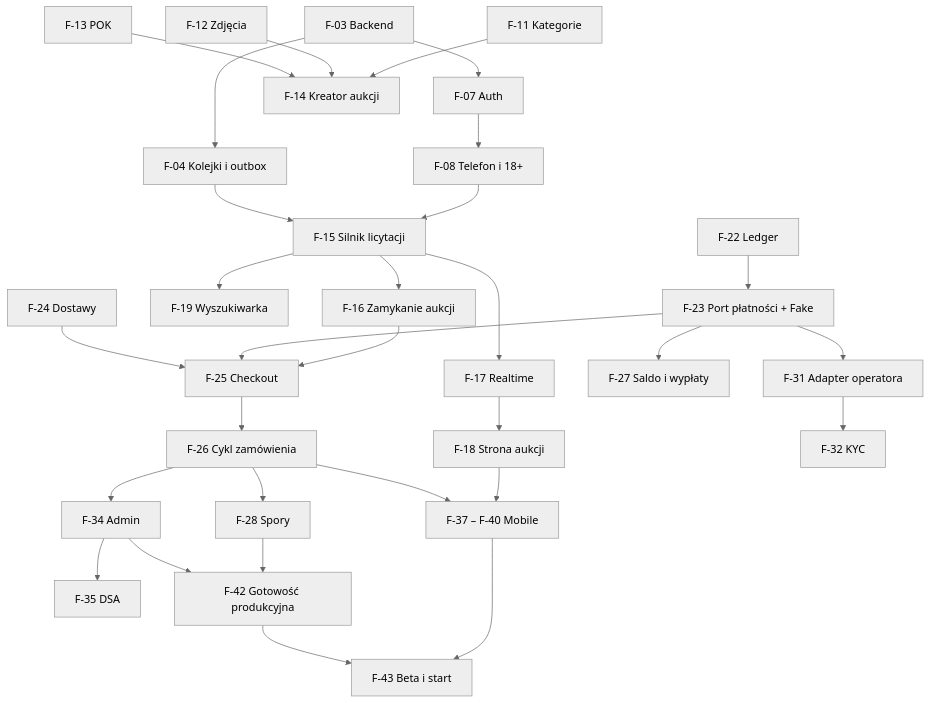
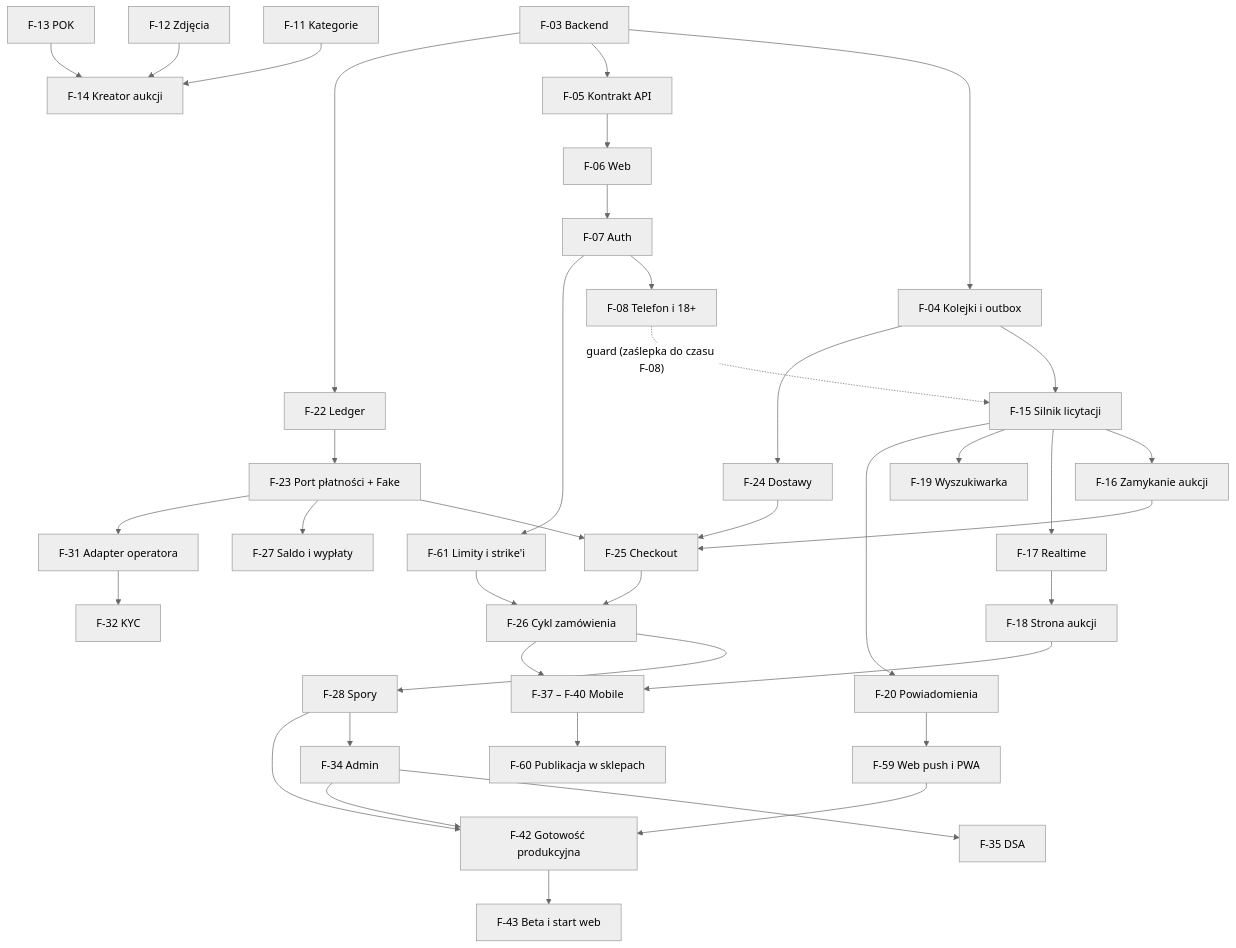
One commit to Bembnias/biddy changed the diagram in docs/FEATURES.md. Above: the diagram before and after it, drawn with Mermaid (neutral theme). The commit also changed other lines of this file and 1 other file, not shown here.

````diff
--- a/docs/FEATURES.md
+++ b/docs/FEATURES.md
@@ -142,28 +158,33 @@
 ```mermaid
 flowchart TD
   F03["F-03 Backend"] --> F04["F-04 Kolejki i outbox"]
-  F03 --> F07["F-07 Auth"] --> F08["F-08 Telefon i 18+"]
+  F03 --> F05["F-05 Kontrakt API"] --> F06["F-06 Web"] --> F07["F-07 Auth"] --> F08["F-08 Telefon i 18+"]
+  F07 --> F61["F-61 Limity i strike'i"]
   F11["F-11 Kategorie"] --> F14["F-14 Kreator aukcji"]
   F12["F-12 Zdjęcia"] --> F14
   F13["F-13 POK"] --> F14
-  F08 --> F15["F-15 Silnik licytacji"]
+  F08 -. "guard (zaślepka do czasu F-08)" .-> F15["F-15 Silnik licytacji"]
   F04 --> F15
   F15 --> F16["F-16 Zamykanie aukcji"]
   F15 --> F17["F-17 Realtime"] --> F18["F-18 Strona aukcji"]
   F15 --> F19["F-19 Wyszukiwarka"]
-  F22["F-22 Ledger"] --> F23["F-23 Port płatności + Fake"]
+  F15 --> F20["F-20 Powiadomienia"] --> F59["F-59 Web push i PWA"]
+  F03 --> F22["F-22 Ledger"] --> F23["F-23 Port płatności + Fake"]
+  F04 --> F24["F-24 Dostawy"]
   F16 --> F25["F-25 Checkout"]
   F23 --> F25
-  F24["F-24 Dostawy"] --> F25
+  F24 --> F25
   F25 --> F26["F-26 Cykl zamówienia"]
+  F61 --> F26
   F26 --> F28["F-28 Spory"]
   F23 --> F27["F-27 Saldo i wypłaty"]
   F23 --> F31["F-31 Adapter operatora"] --> F32["F-32 KYC"]
-  F26 --> F34["F-34 Admin"] --> F35["F-35 DSA"]
+  F28 --> F34["F-34 Admin"] --> F35["F-35 DSA"]
+  F28 --> F42["F-42 Gotowość produkcyjna"]
+  F34 --> F42
+  F59 --> F42
+  F42 --> F43["F-43 Beta i start web"]
   F18 --> MOB["F-37 – F-40 Mobile"]
   F26 --> MOB
-  F28 --> F42["F-42 Gotowość produkcyjna"]
-  F34 --> F42
-  MOB --> F43["F-43 Beta i start"]
-  F42 --> F43
+  MOB --> F60["F-60 Publikacja w sklepach"]
 ```
````
